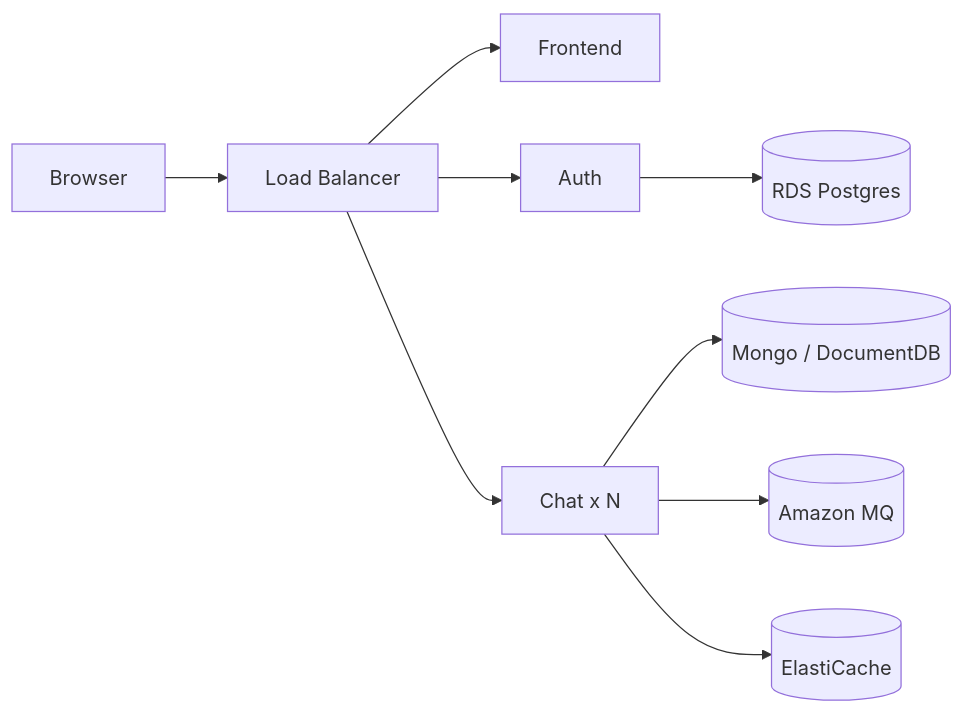
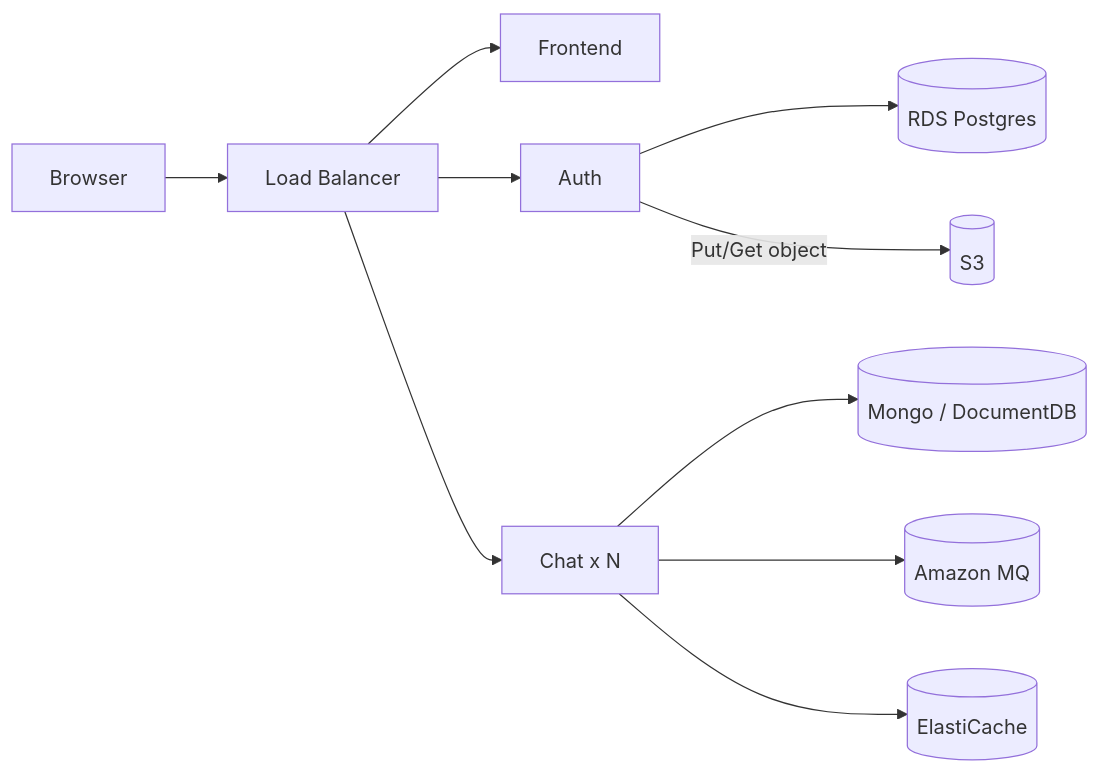
Before and after one commit to Xs1d7/teste-roboteasy: the second of 5 diagrams in docs/diagrams-mermaid.md, drawn with Mermaid. The commit also changed other lines of this file and 5 other files, not shown here.

First line of the commit message:
docs: atualizar mermaids e docs com MinIO/avatar

````diff
--- a/docs/diagrams-mermaid.md
+++ b/docs/diagrams-mermaid.md
@@ -30,13 +31,14 @@
 ```mermaid
 flowchart LR
   Browser[Browser] --> ALB[Load Balancer]
 
   ALB --> Frontend[Frontend]
   ALB --> Auth[Auth]
   ALB --> Chat[Chat x N]
 
   Auth --> RDS[(RDS Postgres)]
+  Auth -->|Put/Get object| S3[(S3)]
   Chat --> Mongo[(Mongo / DocumentDB)]
   Chat --> MQ[(Amazon MQ)]
   Chat --> Cache[(ElastiCache)]
 ```
````
